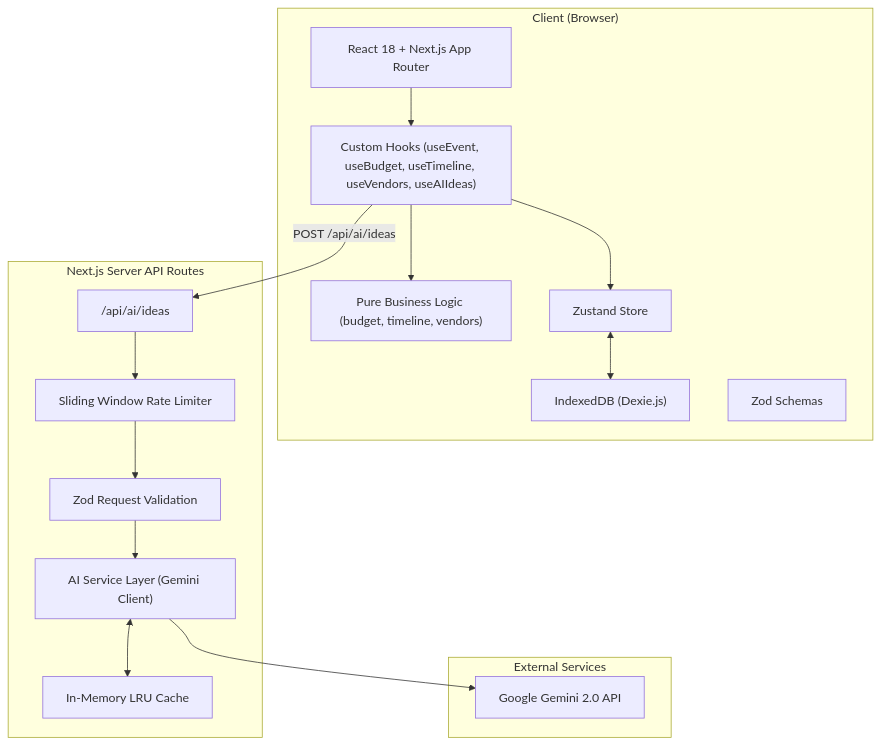
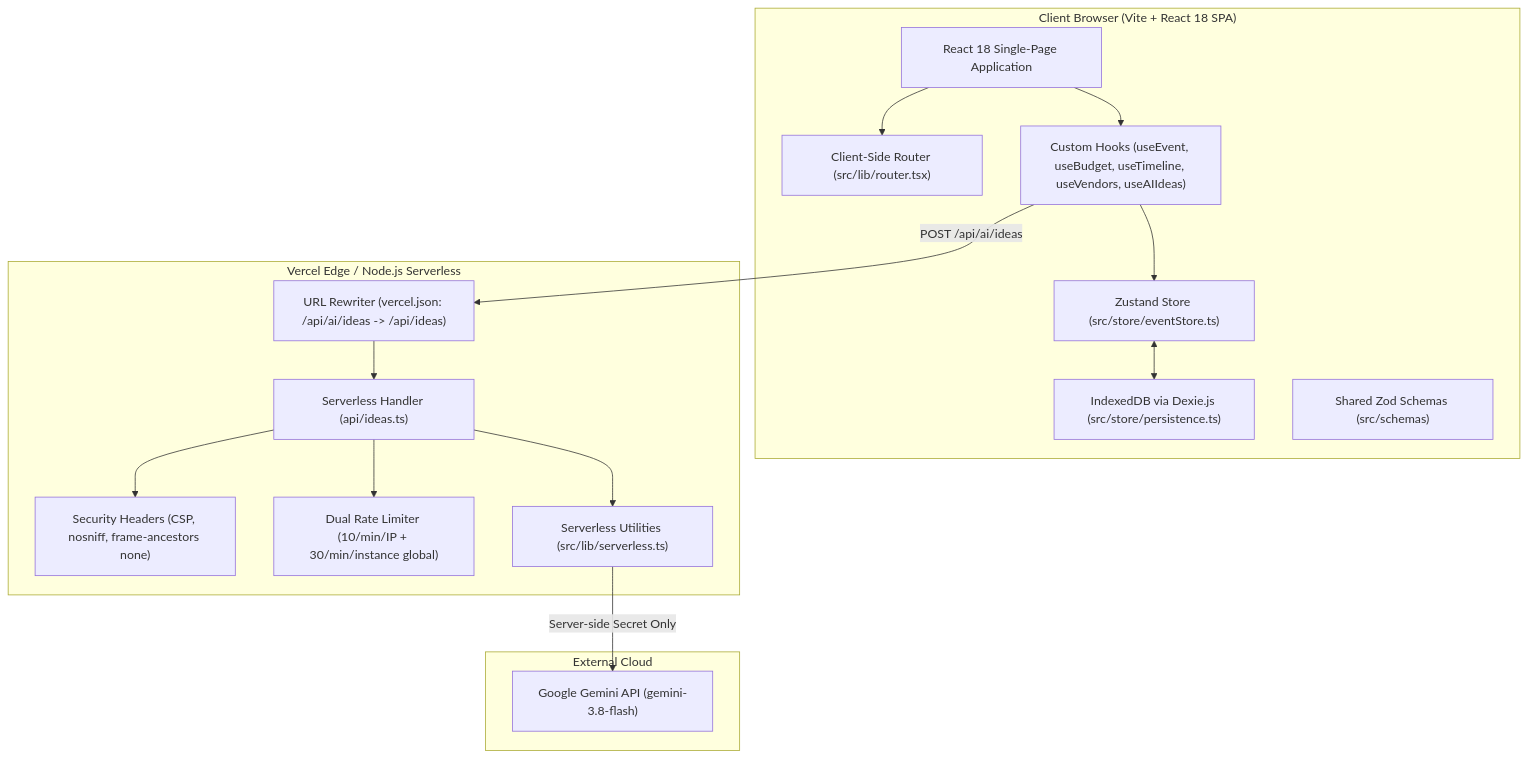
Before and after one commit to bright-phoenix-dev/celebration_planner-PROMPTWARS: the diagram in README.md, drawn with Mermaid. The commit also changed other lines of this file and 29 other files, not shown here.

Commit message:
Refactor to pure Vite SPA architecture, modular serverless API, enhanced security and a11y

````diff
--- a/README.md
+++ b/README.md
@@ -9,34 +12,34 @@
 ```mermaid
 flowchart TD
-    subgraph Client["Client (Browser)"]
-        UI["React 18 + Next.js App Router"]
+    subgraph Client["Client Browser (Vite + React 18 SPA)"]
+        UI["React 18 Single-Page Application"]
+        Router["Client-Side Router (src/lib/router.tsx)"]
         Hooks["Custom Hooks (useEvent, useBudget, useTimeline, useVendors, useAIIdeas)"]
-        BL["Pure Business Logic (budget, timeline, vendors)"]
-        Store["Zustand Store"]
-        IDB["IndexedDB (Dexie.js)"]
-        SchemasClient["Zod Schemas"]
+        Store["Zustand Store (src/store/eventStore.ts)"]
+        IDB["IndexedDB via Dexie.js (src/store/persistence.ts)"]
+        ClientSchemas["Shared Zod Schemas (src/schemas)"]
     end
 
-    subgraph Server["Next.js Server API Routes"]
-        Route["/api/ai/ideas"]
-        RateLimit["Sliding Window Rate Limiter"]
-        ZodServer["Zod Request Validation"]
-        AIService["AI Service Layer (Gemini Client)"]
-        Cache["In-Memory LRU Cache"]
+    subgraph Host["Vercel Edge / Node.js Serverless"]
+        Rewrites["URL Rewriter (vercel.json: /api/ai/ideas -> /api/ideas)"]
+        Handler["Serverless Handler (api/ideas.ts)"]
+        SecurityHeaders["Security Headers (CSP, nosniff, frame-ancestors none)"]
+        DualRateLimit["Dual Rate Limiter (10/min/IP + 30/min/instance global)"]
+        ServerlessUtils["Serverless Utilities (src/lib/serverless.ts)"]
     end
 
-    subgraph External["External Services"]
-        Gemini["Google Gemini 2.0 API"]
+    subgraph External["External Cloud"]
+        Gemini["Google Gemini API (gemini-3.8-flash)"]
     end
 
+    UI --> Router
     UI --> Hooks
-    Hooks --> BL
     Hooks --> Store
     Store <--> IDB
-    Hooks -- "POST /api/ai/ideas" --> Route
-    Route --> RateLimit
-    RateLimit --> ZodServer
-    ZodServer --> AIService
-    AIService <--> Cache
-    AIService --> Gemini
+    Hooks -- "POST /api/ai/ideas" --> Rewrites
+    Rewrites --> Handler
+    Handler --> SecurityHeaders
+    Handler --> DualRateLimit
+    Handler --> ServerlessUtils
+    ServerlessUtils -- "Server-side Secret Only" --> Gemini
 ```
````
